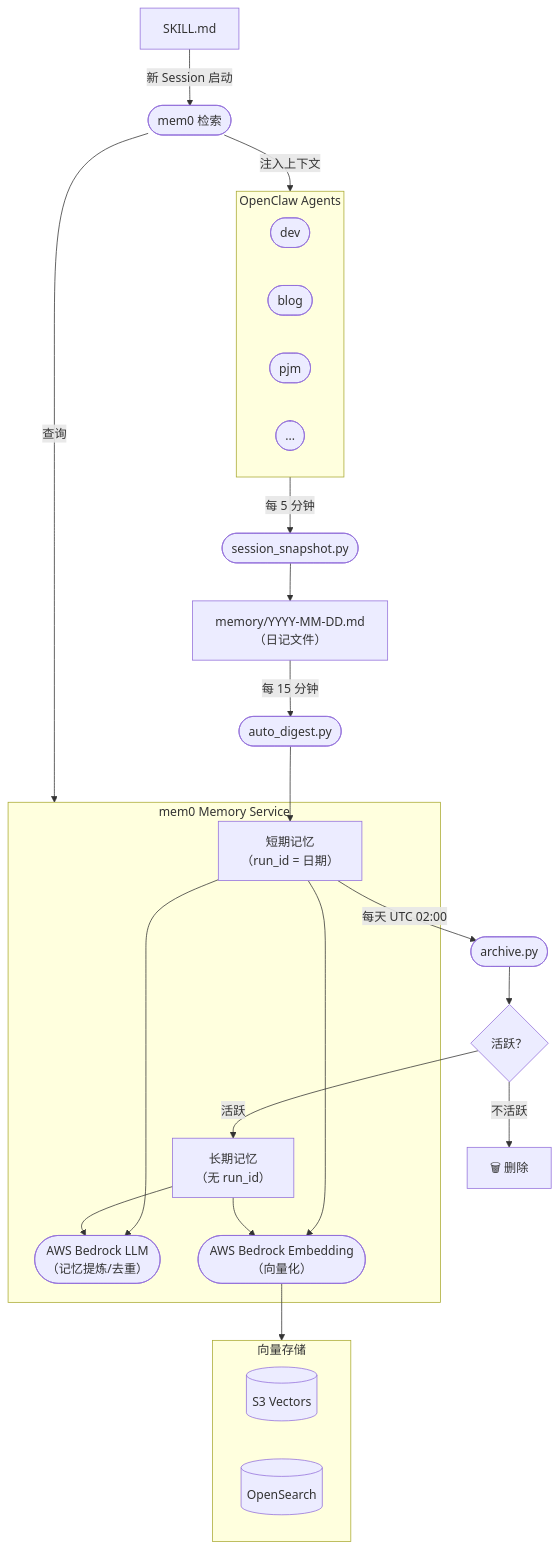
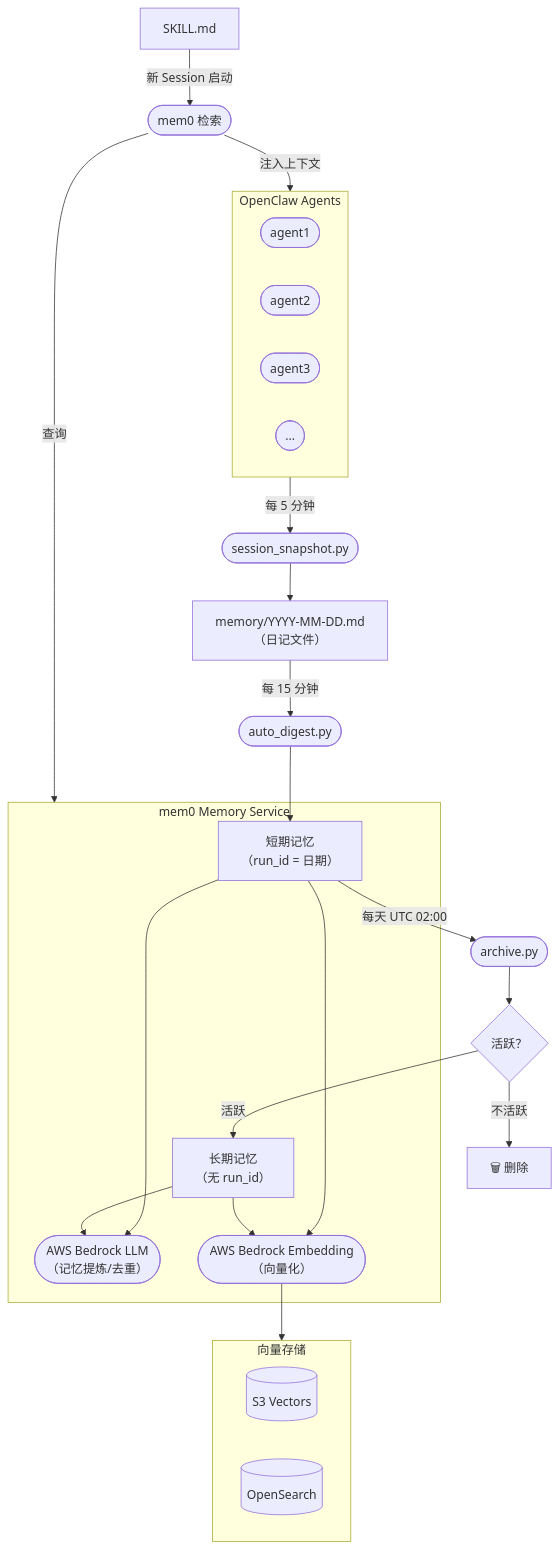
Before and after one commit to norrishuang/mem0-memory-service: the diagram in docs/zh/guide/architecture.md, drawn with Mermaid. The commit also changed 4 other files, not shown here.

````diff
--- a/docs/zh/guide/architecture.md
+++ b/docs/zh/guide/architecture.md
@@ -5,50 +5,50 @@
 ```mermaid
 flowchart TD
     subgraph Agents["OpenClaw Agents"]
-        A1(["dev"])
-        A2(["blog"])
-        A3(["pjm"])
+        A1(["agent1"])
+        A2(["agent2"])
+        A3(["agent3"])
         A4(["..."])
     end
 
     Diary["memory/YYYY-MM-DD.md\n（日记文件）"]
     Snap(["session_snapshot.py"])
     Digest(["auto_digest.py"])
     Archive(["archive.py"])
 
     subgraph Mem0["mem0 Memory Service"]
         LLM(["AWS Bedrock LLM\n（记忆提炼/去重）"])
         Embed(["AWS Bedrock Embedding\n（向量化）"])
         STM["短期记忆\n（run_id = 日期）"]
         LTM["长期记忆\n（无 run_id）"]
     end
 
     Decision{"活跃？"}
 
     subgraph Store["向量存储"]
         S3[("S3 Vectors")]
         OS[("OpenSearch")]
     end
 
     SKILL["SKILL.md"]
     Retrieve(["mem0 检索"])
 
     Agents -- "每 5 分钟" --> Snap
     Snap --> Diary
     Diary -- "每 15 分钟" --> Digest
     Digest --> STM
     STM -- "每天 UTC 02:00" --> Archive
     Archive --> Decision
     Decision -- "活跃" --> LTM
     Decision -- "不活跃" --> Del["🗑 删除"]
 
     STM --> LLM
     STM --> Embed
     LTM --> LLM
     LTM --> Embed
     Embed --> Store
 
     SKILL -- "新 Session 启动" --> Retrieve
     Retrieve -- "查询" --> Mem0
     Retrieve -- "注入上下文" --> Agents
 ```
````
